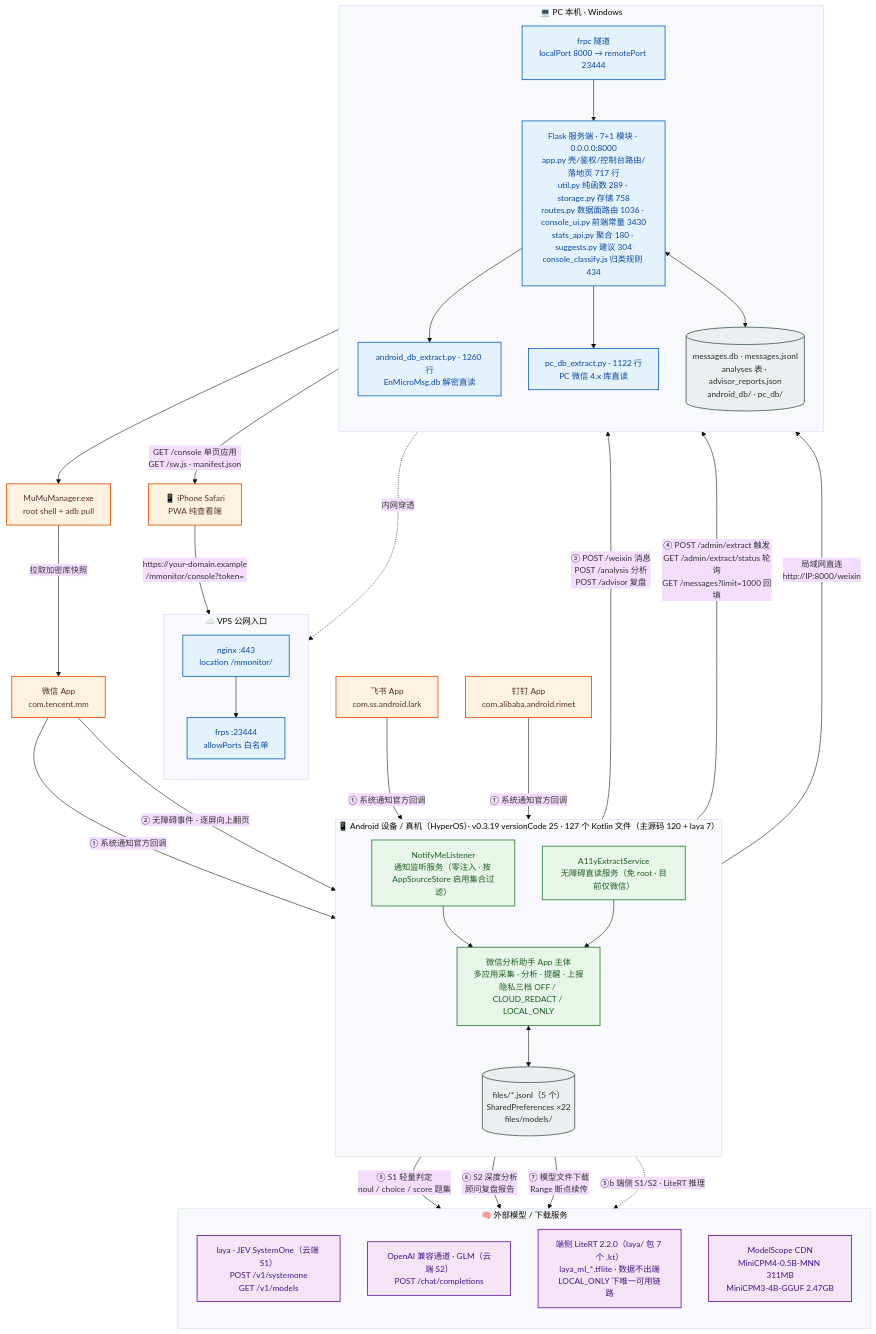
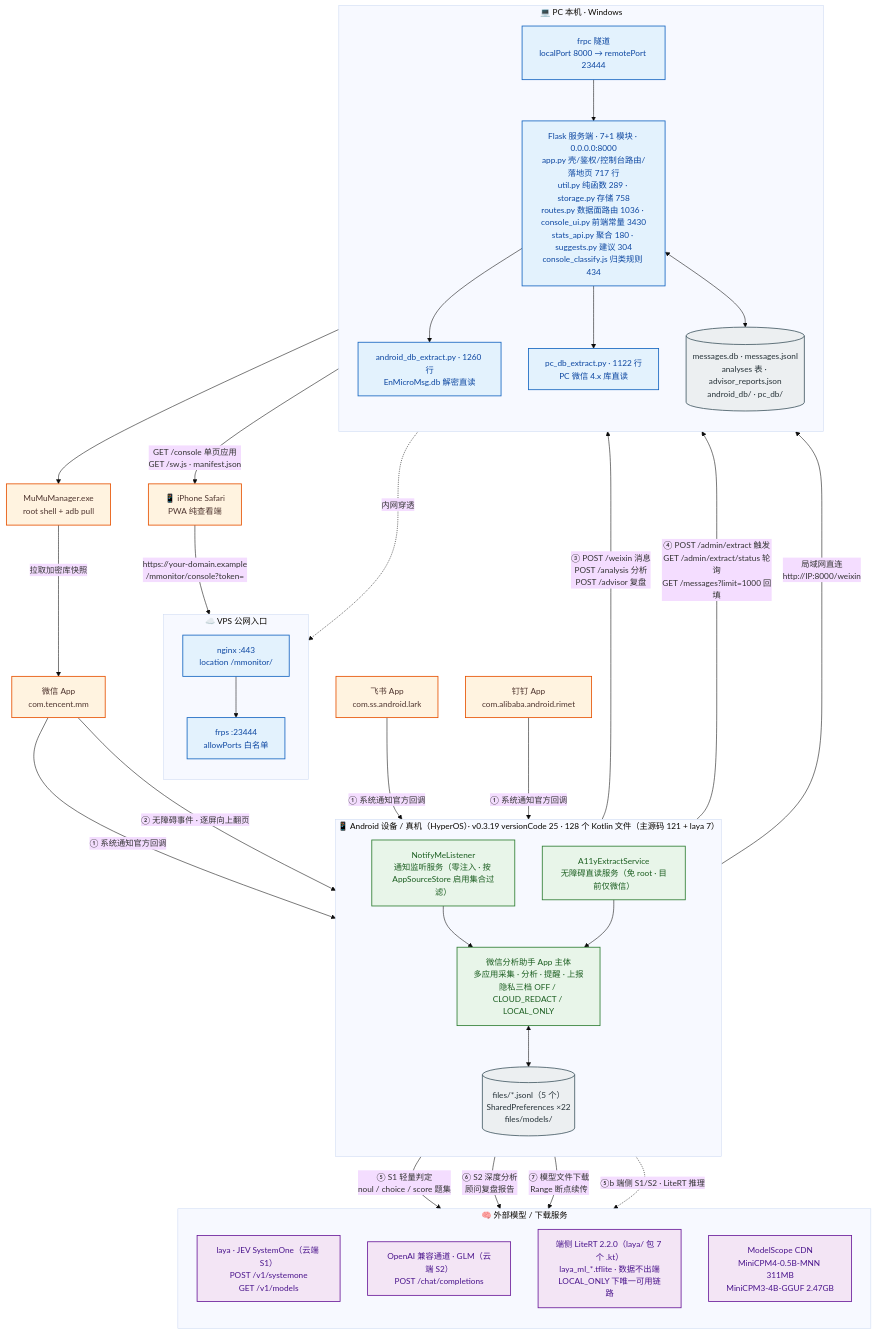
One commit to solidjoker/notifyme changed the diagram in docs/architecture/diagrams/01-system-context.mmd. Above: the diagram before and after it, drawn with Mermaid. The commit also changed 22 other files, not shown here.

```diff
--- a/docs/architecture/diagrams/01-system-context.mmd
+++ b/docs/architecture/diagrams/01-system-context.mmd
@@ -1,70 +1,70 @@
 %%{init: {'theme':'base','themeVariables':{'fontSize':'15px','fontFamily':'Microsoft YaHei, PingFang SC, sans-serif'},'flowchart':{'htmlLabels':true,'curve':'basis'}}}%%
 flowchart TB
     classDef ext  fill:#fff3e0,stroke:#e65100,stroke-width:1.5px,color:#4e342e
     classDef app  fill:#e8f5e9,stroke:#2e7d32,stroke-width:1.5px,color:#1b5e20
     classDef srv  fill:#e3f2fd,stroke:#1565c0,stroke-width:1.5px,color:#0d47a1
     classDef llm  fill:#f3e5f5,stroke:#6a1b9a,stroke-width:1.5px,color:#4a148c
     classDef store fill:#eceff1,stroke:#455a64,stroke-width:1.5px,color:#263238
 
     WX["微信 App<br/>com.tencent.mm"]:::ext
     FS["飞书 App<br/>com.ss.android.lark"]:::ext
     DT["钉钉 App<br/>com.alibaba.android.rimet"]:::ext
 
-    subgraph DEV["📱 Android 设备 / 真机（HyperOS）· v0.3.19 versionCode 25 · 127 个 Kotlin 文件（主源码 120 + laya 7）"]
+    subgraph DEV["📱 Android 设备 / 真机（HyperOS）· v0.3.19 versionCode 25 · 128 个 Kotlin 文件（主源码 121 + laya 7）"]
         direction TB
         NL["NotifyMeListener<br/>通知监听服务（零注入 · 按 AppSourceStore 启用集合过滤）"]:::app
         A11Y["A11yExtractService<br/>无障碍直读服务（免 root · 目前仅微信）"]:::app
         CORE["微信分析助手 App 主体<br/>多应用采集 · 分析 · 提醒 · 上报<br/>隐私三档 OFF / CLOUD_REDACT / LOCAL_ONLY"]:::app
         STORE[("files/*.jsonl（5 个）<br/>SharedPreferences ×22<br/>files/models/")]:::store
         NL --> CORE
         A11Y --> CORE
         CORE <--> STORE
     end
 
     subgraph HOST["💻 PC 本机 · Windows"]
         direction TB
         FLASK["Flask 服务端 · 7+1 模块 · 0.0.0.0:8000<br/>app.py 壳/鉴权/控制台路由/落地页 717 行<br/>util.py 纯函数 289 · storage.py 存储 758<br/>routes.py 数据面路由 1036 · console_ui.py 前端常量 3430<br/>stats_api.py 聚合 180 · suggests.py 建议 304<br/>console_classify.js 归类规则 434"]:::srv
         ADBEX["android_db_extract.py · 1260 行<br/>EnMicroMsg.db 解密直读"]:::srv
         PCEX["pc_db_extract.py · 1122 行<br/>PC 微信 4.x 库直读"]:::srv
         DB[("messages.db · messages.jsonl<br/>analyses 表 · advisor_reports.json<br/>android_db/ · pc_db/")]:::store
         FRPC["frpc 隧道<br/>localPort 8000 → remotePort 23444"]:::srv
         FLASK --> ADBEX
         FLASK --> PCEX
         FLASK <--> DB
         FRPC --> FLASK
     end
 
     subgraph VPS["☁️ VPS 公网入口"]
         direction TB
         NGINX["nginx :443<br/>location /mmonitor/"]:::srv
         FRPS["frps :23444<br/>allowPorts 白名单"]:::srv
         NGINX --> FRPS
     end
 
     subgraph AI["🧠 外部模型 / 下载服务"]
         direction TB
         LAYA["laya · JEV SystemOne（云端 S1）<br/>POST /v1/systemone<br/>GET /v1/models"]:::llm
         GLM["OpenAI 兼容通道 · GLM（云端 S2）<br/>POST /chat/completions"]:::llm
         LITE["端侧 LiteRT 2.2.0（laya/ 包 7 个 .kt）<br/>laya_ml_*.tflite · 数据不出端<br/>LOCAL_ONLY 下唯一可用链路"]:::llm
         MS["ModelScope CDN<br/>MiniCPM4-0.5B-MNN 311MB<br/>MiniCPM3-4B-GGUF 2.47GB"]:::llm
     end
 
     MUMU["MuMuManager.exe<br/>root shell + adb pull"]:::ext
     IPHONE["📱 iPhone Safari<br/>PWA 纯查看端"]:::ext
 
     WX -->|"① 系统通知官方回调"| NL
     FS -->|"① 系统通知官方回调"| NL
     DT -->|"① 系统通知官方回调"| NL
     WX -->|"② 无障碍事件 · 逐屏向上翻页"| A11Y
     CORE -->|"③ POST /weixin 消息<br/>POST /analysis 分析<br/>POST /advisor 复盘"| FLASK
     CORE -->|"④ POST /admin/extract 触发<br/>GET /admin/extract/status 轮询<br/>GET /messages?limit=1000 回填"| FLASK
     CORE -->|"⑤ S1 轻量判定<br/>noul / choice / score 题集"| LAYA
     CORE -->|"⑥ S2 深度分析<br/>顾问复盘报告"| GLM
     CORE -->|"⑦ 模型文件下载<br/>Range 断点续传"| MS
     CORE -.->|"⑤b 端侧 S1/S2 · LiteRT 推理"| LITE
     ADBEX --> MUMU
     MUMU -->|"拉取加密库快照"| WX
     CORE -->|"局域网直连<br/>http://IP:8000/weixin"| FLASK
     FRPC -.->|"内网穿透"| FRPS
     IPHONE -->|"https://your-domain.example<br/>/mmonitor/console?token="| NGINX
     FLASK -->|"GET /console 单页应用<br/>GET /sw.js · manifest.json"| IPHONE
```
